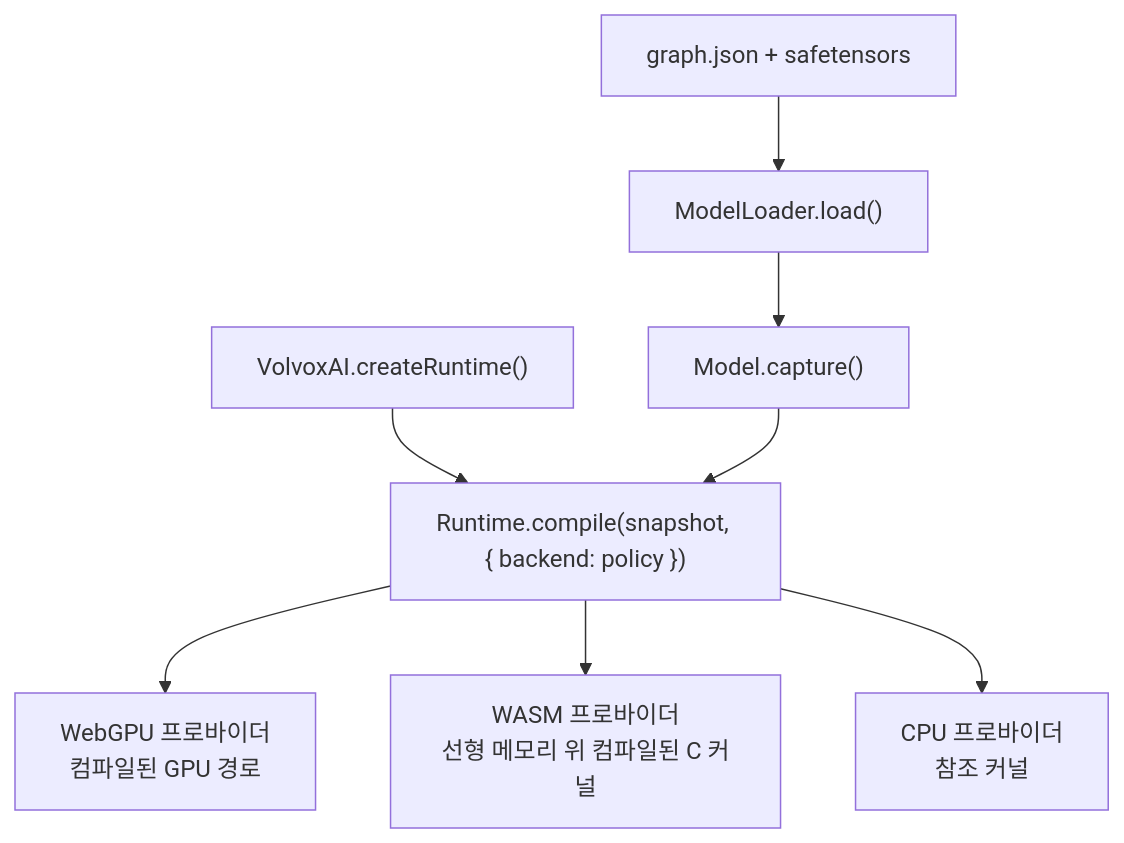
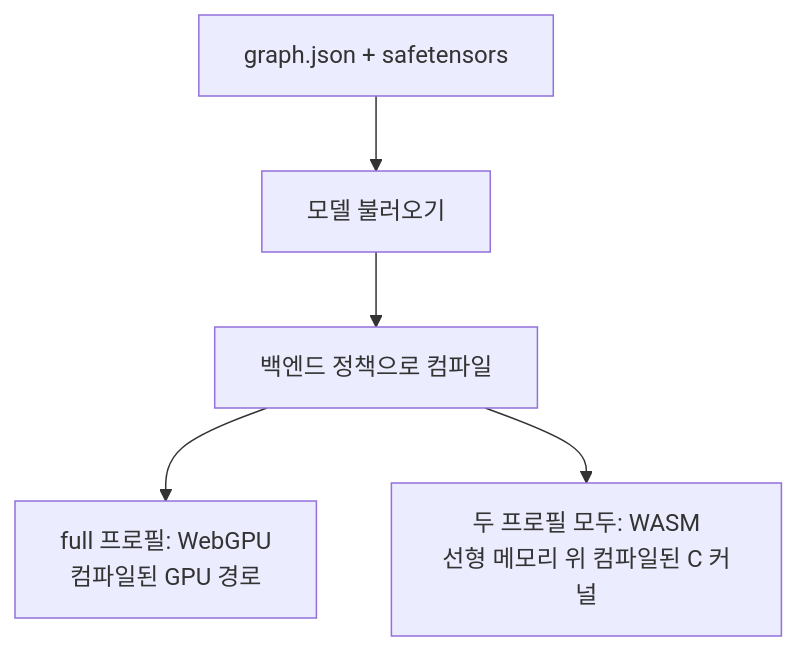
The diagram in docs/textbook/ko/08-inside-the-engine.md (ivere27/volvoxai), drawn with Mermaid before and after one commit. The commit also changed other lines of this file and 1269 other files, not shown here.

````diff
--- a/docs/textbook/ko/08-inside-the-engine.md
+++ b/docs/textbook/ko/08-inside-the-engine.md
@@ -32,10 +32,7 @@
 ```mermaid
 flowchart TD
-    G["graph.json + safetensors"] --> L["ModelLoader.load()"]
-    L --> S["Model.capture()"]
-    R["VolvoxAI.createRuntime()"] --> C["Runtime.compile(snapshot, { backend: policy })"]
-    S --> C
-    C --> T1["WebGPU 프로바이더<br/>컴파일된 GPU 경로"]
-    C --> T2["WASM 프로바이더<br/>선형 메모리 위 컴파일된 C 커널"]
-    C --> T3["CPU 프로바이더<br/>참조 커널"]
+    G["graph.json + safetensors"] --> L["모델 불러오기"]
+    L --> C["백엔드 정책으로 컴파일"]
+    C --> T1["full 프로필: WebGPU<br/>컴파일된 GPU 경로"]
+    C --> T2["두 프로필 모두: WASM<br/>선형 메모리 위 컴파일된 C 커널"]
 ```
````
